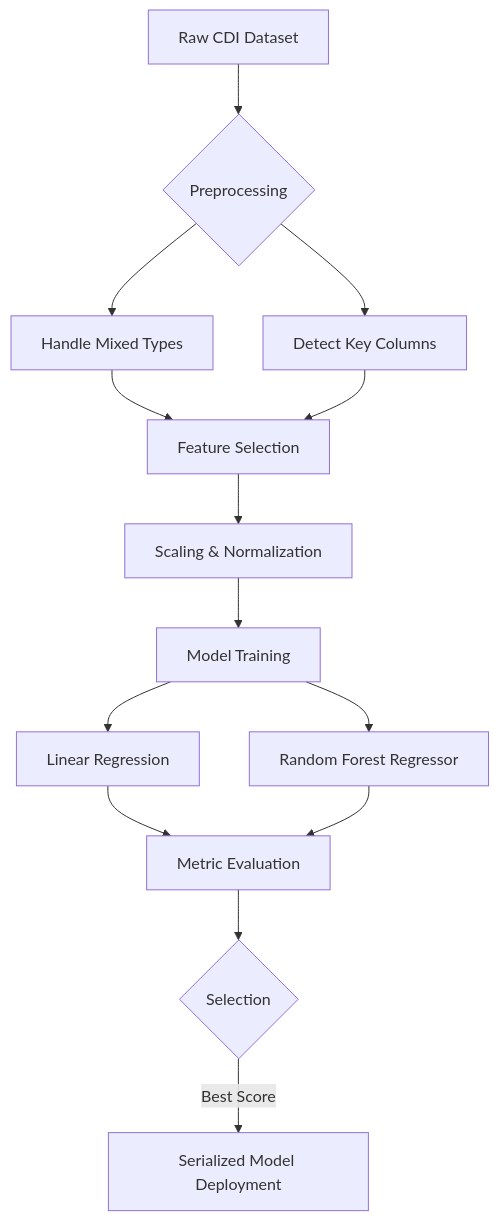
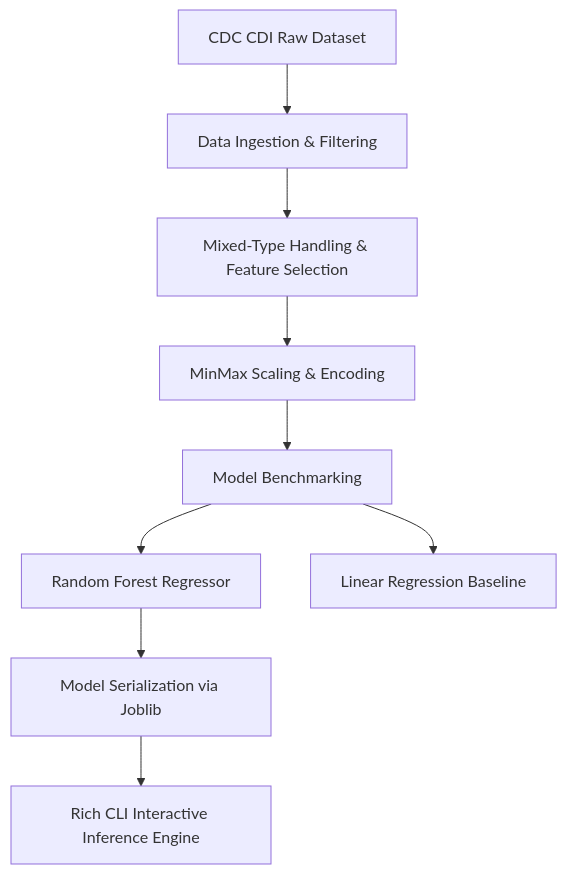
One commit to SanyogSingh07/Chronic-Disease-Progression-Predictor changed the diagram in README.md. Above: the diagram before and after it, drawn with Mermaid. The commit also changed other lines of this file, not shown here.

````diff
--- a/README.md
+++ b/README.md
@@ -17,16 +23,11 @@
 ```mermaid
 graph TD
-    A[Raw CDI Dataset] --> B{Preprocessing}
-    B --> C[Handle Mixed Types]
-    B --> D[Detect Key Columns]
-    C --> E[Feature Selection]
-    D --> E
-    E --> F[Scaling & Normalization]
-    F --> G[Model Training]
-    G --> H[Linear Regression]
-    G --> I[Random Forest Regressor]
-    H --> J[Metric Evaluation]
-    I --> J
-    J --> K{Selection}
-    K --> |Best Score| L[Serialized Model Deployment]
+    A[CDC CDI Raw Dataset] --> B[Data Ingestion & Filtering]
+    B --> C[Mixed-Type Handling & Feature Selection]
+    C --> D[MinMax Scaling & Encoding]
+    D --> E[Model Benchmarking]
+    E --> F[Random Forest Regressor]
+    E --> G[Linear Regression Baseline]
+    F --> H[Model Serialization via Joblib]
+    H --> I[Rich CLI Interactive Inference Engine]
 ```
````
